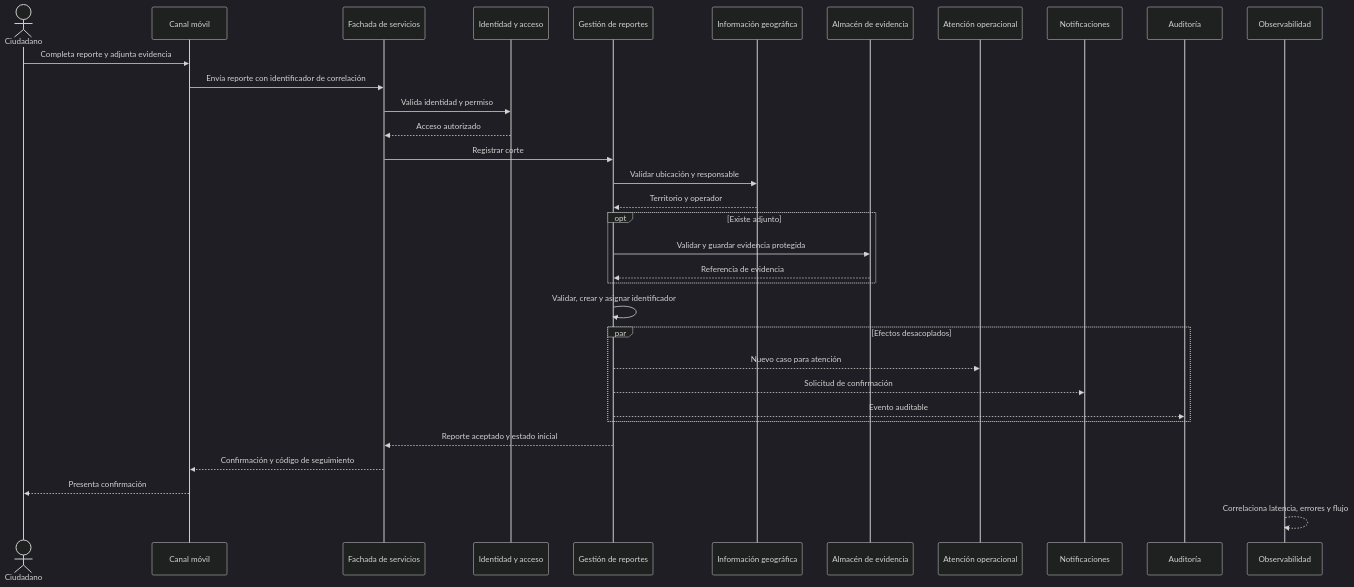
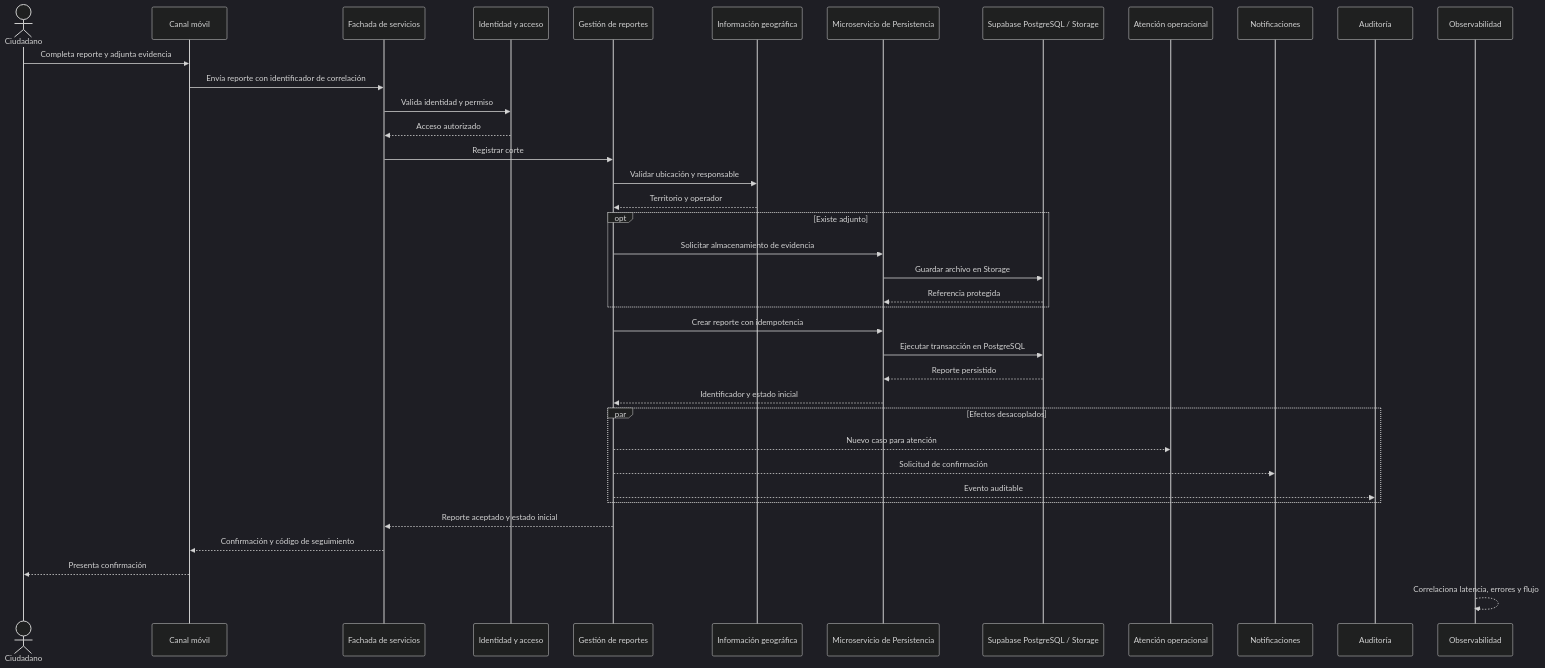
Before and after one commit to GabrielJaramilloCuberos/Arquitectura-de-Software: the fourth of 6 diagrams in Proyecto - SERVI_RED/Entrega 1 - Documentacion/SAD_SERVI_RED.md, drawn with Mermaid (dark theme). The commit also changed other lines of this file and 12 other files, not shown here.

Commit message:
cambios en diagramas

````diff
--- a/Proyecto - SERVI_RED/Entrega 1 - Documentacion/SAD_SERVI_RED.md
+++ b/Proyecto - SERVI_RED/Entrega 1 - Documentacion/SAD_SERVI_RED.md
@@ -443,36 +462,41 @@
 ```mermaid
 sequenceDiagram
     actor C as Ciudadano
     participant M as Canal móvil
     participant A as Fachada de servicios
     participant I as Identidad y acceso
     participant R as Gestión de reportes
     participant G as Información geográfica
-    participant E as Almacén de evidencia
+    participant P as Microservicio de Persistencia
+    participant S as Supabase PostgreSQL / Storage
     participant O as Atención operacional
     participant N as Notificaciones
     participant U as Auditoría
     participant B as Observabilidad
 
     C->>M: Completa reporte y adjunta evidencia
     M->>A: Envía reporte con identificador de correlación
     A->>I: Valida identidad y permiso
     I-->>A: Acceso autorizado
     A->>R: Registrar corte
     R->>G: Validar ubicación y responsable
     G-->>R: Territorio y operador
     opt Existe adjunto
-        R->>E: Validar y guardar evidencia protegida
-        E-->>R: Referencia de evidencia
+        R->>P: Solicitar almacenamiento de evidencia
+        P->>S: Guardar archivo en Storage
+        S-->>P: Referencia protegida
     end
-    R->>R: Validar, crear y asignar identificador
+    R->>P: Crear reporte con idempotencia
+    P->>S: Ejecutar transacción en PostgreSQL
+    S-->>P: Reporte persistido
+    P-->>R: Identificador y estado inicial
     par Efectos desacoplados
         R-->>O: Nuevo caso para atención
         R-->>N: Solicitud de confirmación
         R-->>U: Evento auditable
     end
     R-->>A: Reporte aceptado y estado inicial
     A-->>M: Confirmación y código de seguimiento
     M-->>C: Presenta confirmación
     B-->>B: Correlaciona latencia, errores y flujo
 ```
````
